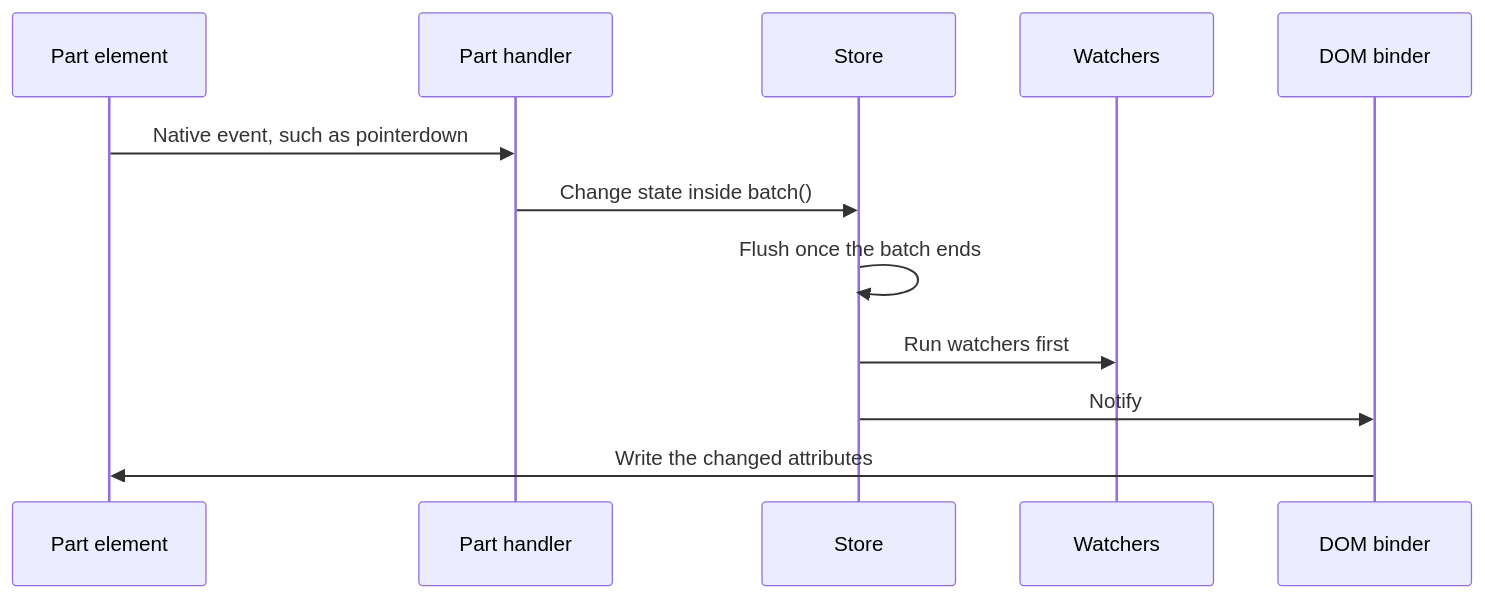
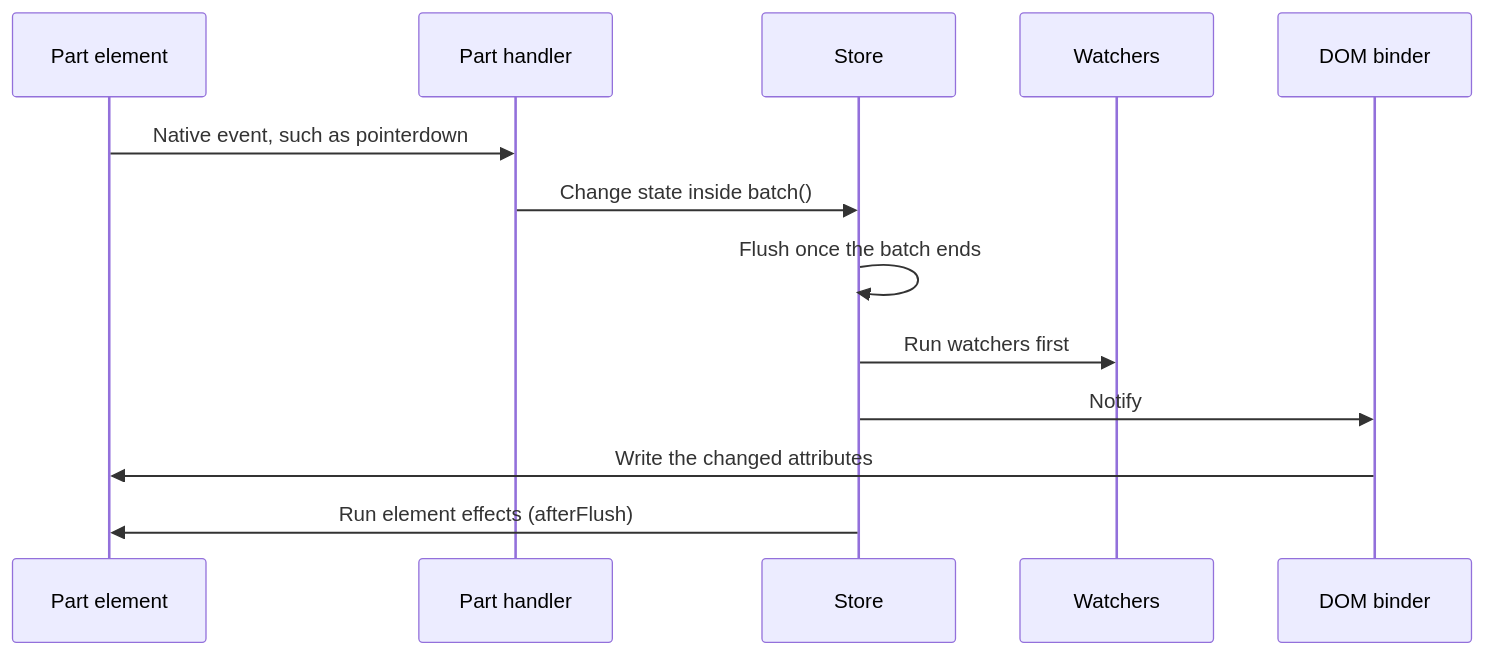
One commit to tenphi/uniaria changed the second of 3 diagrams in docs/contributing/architecture.md. Above: the diagram before and after it, drawn with Mermaid. The commit also changed other lines of this file and 19 other files, not shown here.

First line of the commit message:
fix(runtime): element effects run after the binder writes

````diff
--- a/docs/contributing/architecture.md
+++ b/docs/contributing/architecture.md
@@ -226,16 +234,17 @@
 ```mermaid
 sequenceDiagram
   accTitle: From an event to the DOM
-  accDescr: A DOM event reaches a part handler, which runs inside a batch and changes state. When the batch ends the store flushes once. Watchers run first, then the binder runs connect() again and writes only the attributes that changed. No framework component renders.
+  accDescr: A DOM event reaches a part handler, which runs inside a batch and changes state. When the batch ends the store flushes once. Watchers run first, then the binder runs connect() again and writes only the attributes that changed, then element effects run. No framework component renders.
   participant Part as Part element
   participant Handler as Part handler
   participant Store as Store
   participant Watchers as Watchers
   participant Binder as DOM binder
   Part->>Handler: Native event, such as pointerdown
   Handler->>Store: Change state inside batch()
   Store->>Store: Flush once the batch ends
   Store->>Watchers: Run watchers first
   Store->>Binder: Notify
   Binder->>Part: Write the changed attributes
+  Store->>Part: Run element effects (afterFlush)
 ```
````
